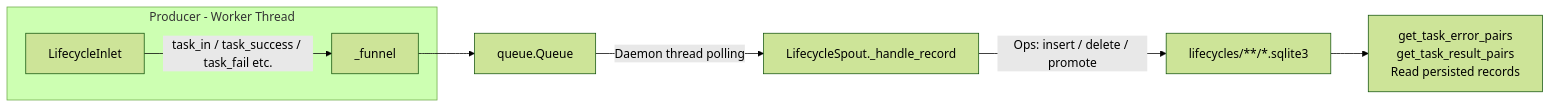
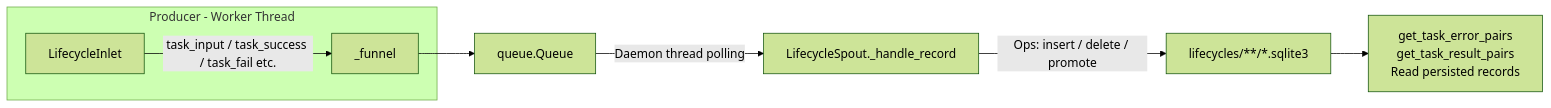
One commit to Mr-xiaotian/CelestialFlow changed the diagram in docs/en/src/persistence/core_lifecycle.md. Above: the diagram before and after it, drawn with Mermaid (forest theme). The commit also changed other lines of this file and 181 other files, not shown here.

````diff
--- a/docs/en/src/persistence/core_lifecycle.md
+++ b/docs/en/src/persistence/core_lifecycle.md
@@ -11,11 +11,11 @@
 ```mermaid
 flowchart LR
     subgraph Producer["Producer - Worker Thread"]
         Inlet[LifecycleInlet]
-        Inlet -->|task_in / task_success / task_fail etc.| Funnel[_funnel]
+        Inlet -->|task_input / task_success / task_fail etc.| Funnel[_funnel]
     end
     Funnel --> Queue[queue.Queue]
     Queue -->|Daemon thread polling| Spout[LifecycleSpout._handle_record]
     Spout -->|Ops: insert / delete / promote| SQLite[lifecycles/**/*.sqlite3]
     SQLite --> Read[get_task_error_pairs<br/>get_task_result_pairs<br/>Read persisted records]
 ```
````
